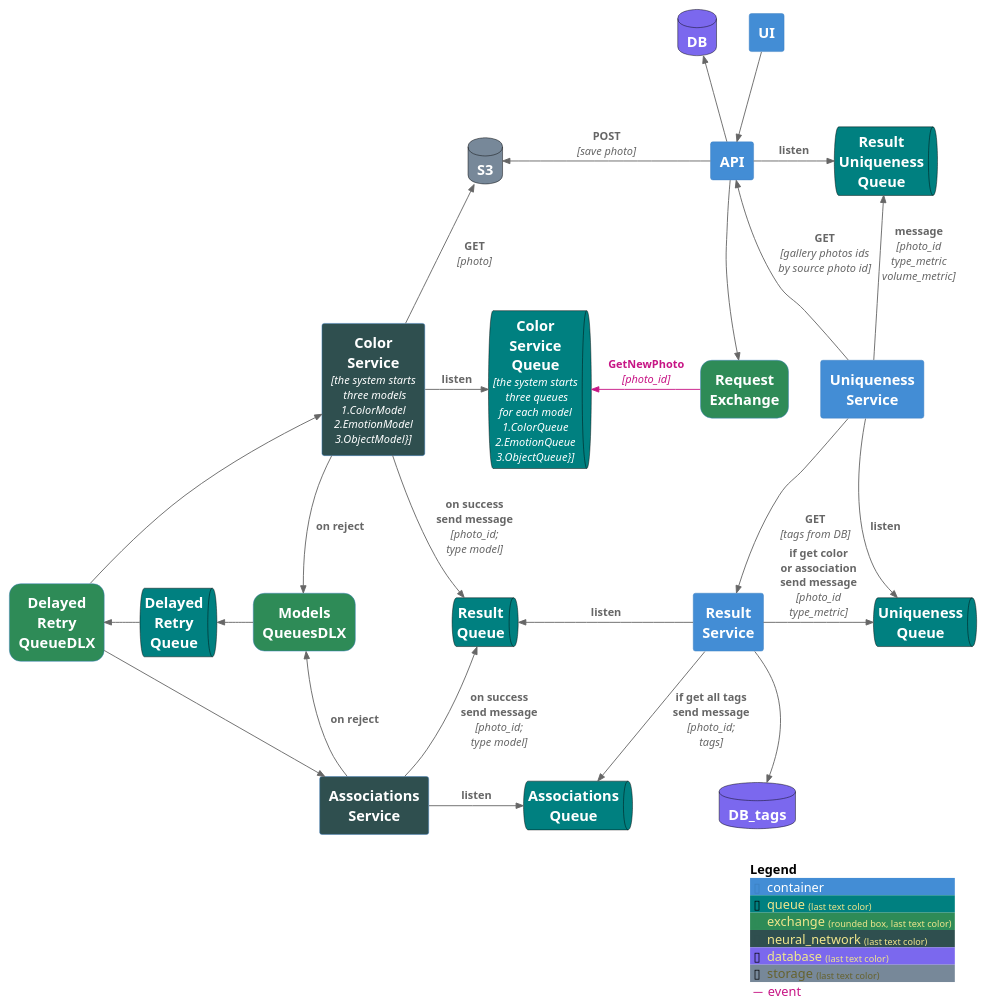
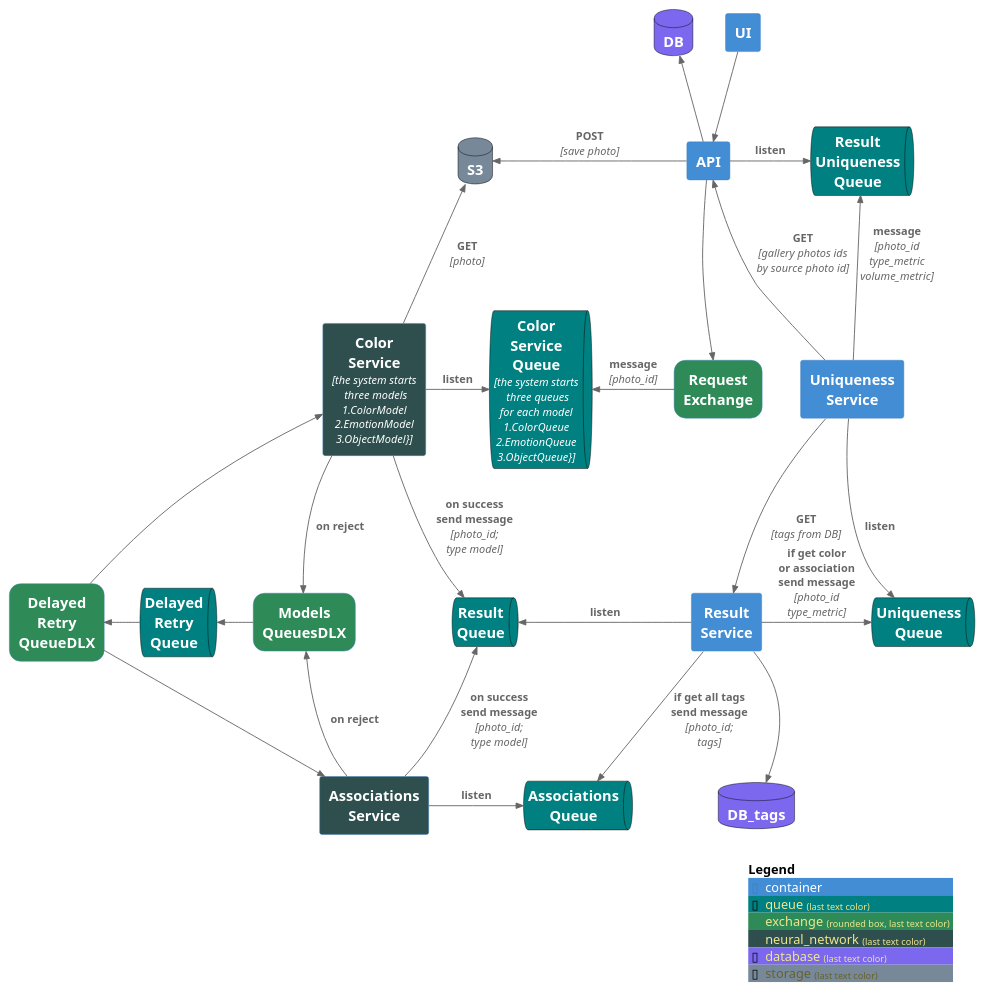
The diagram in system_components_diagram.puml (TourmalineCore/picachu-documentation), drawn with PlantUML before and after one commit. The commit also changed 3 other files, not shown here.

Commit message:
feat(doc): #85zrxapwf: add diagram for send-event

```diff
--- a/system_components_diagram.puml
+++ b/system_components_diagram.puml
@@ -1,95 +1,95 @@
 @startuml C4_Elements
 !include https://raw.githubusercontent.com/plantuml-stdlib/C4-PlantUML/master/C4_Container.puml
 HIDE_STEREOTYPE()
 
 AddElementTag("queue", $bgColor="Teal",$borderColor="black")
 AddElementTag("exchange", $bgColor="SeaGreen",$shape=RoundedBoxShape())
 AddElementTag("neural_network", $bgColor="DarkSlateGray")
 AddElementTag("database", $bgColor="MediumSlateBlue",$borderColor="black")
 AddElementTag("storage", $bgColor="LightSlateGray",$borderColor="black")
 AddRelTag("event", $textColor="MediumVioletRed", $lineColor="MediumVioletRed")
 
 Container(UI, "UI", "", "")
 Container(API, "API", "", "")
 
 ContainerQueue(ColorServiceQueue, "Color\nService\nQueue", "the system starts\n three queues\nfor each model\n1.ColorQueue\n2.EmotionQueue\n3.ObjectQueue}", "",$tags = "queue")
 
 ContainerDb(S3, "S3", "", "",$tags="storage")
 ContainerDb(DB, "DB", "", "",$tags="database")
 ContainerDb(DB_tags, "DB_tags", "", "", $tags="database")
 ContainerQueue(DelayedRetryQueue, "Delayed\nRetry\nQueue", "", "",  $tags = "queue")
 Container(ColorService, "Color\nService", "the system starts\n three models\n1.ColorModel\n2.EmotionModel\n3.ObjectModel}", "",$tags="neural_network")
 
 Container(RequestExchange, "Request\nExchange", "", "", $tags ="exchange")
 
 Container(ModelsQueuesDLX, "Models\nQueuesDLX", "", "",$tags ="exchange")
 Container(DelayedRetryQueueDLX, "Delayed\nRetry\nQueueDLX", "", "",$tags ="exchange")
 
 Container(ResultService, "Result\nService", "", "")
 ContainerQueue(ResultQueue, "Result\nQueue", "", "",$tags = "queue")
 
 ContainerQueue(AssociationsQueue, "Associations\nQueue", "", "",$tags = "queue")
 Container(AssociationsService, "Associations\nService", "", "",$tags="neural_network")
 
 Container(UniquenessService, "Uniqueness\nService", "", "")
 ContainerQueue(UniquenessQueue, "Uniqueness\nQueue", "", "",$tags = "queue")
 ContainerQueue(ResultUniquenessQueue, "Result\nUniqueness\nQueue", "", "",$tags = "queue")
 
 Rel_D(UI, API, " ", "")
 
 Rel_D(API, RequestExchange, " ", "")
 Rel_L(API, S3, "POST", "save photo")
 Rel_U(API, DB, " ", "")
-Rel_L(RequestExchange, ColorServiceQueue, "GetNewPhoto", "photo_id",$tags ="event")
+Rel_L(RequestExchange, ColorServiceQueue, "message", "photo_id")
 Rel_R(ColorService, ColorServiceQueue, "listen", "")
 Rel_U(ColorService, S3, "GET", "photo")
 
 Rel(ColorService, ResultQueue, "on success\nsend message", "photo_id;\ntype model")
 Lay_U(ResultQueue,ColorServiceQueue)
 
 
 Lay_U(AssociationsQueue,ColorServiceQueue)
 
 Rel_R(AssociationsService, AssociationsQueue, "listen", "")
 
 Lay_U(AssociationsService,ModelsQueuesDLX)
 Lay_U(AssociationsService,ColorService)
 Lay_U(DB_tags,RequestExchange)
 
 
 Rel_D(ColorService, ModelsQueuesDLX, "on reject", "")
 Rel_U(AssociationsService, ModelsQueuesDLX, "on reject", "")
 
 Rel_L(ModelsQueuesDLX, DelayedRetryQueue, " ", "")
 Rel_L(DelayedRetryQueue, DelayedRetryQueueDLX, " ", "")
 
 Rel(DelayedRetryQueueDLX, ColorService, " ", "")
 
 Lay_R(DelayedRetryQueueDLX,DelayedRetryQueue)
 Lay_R(DelayedRetryQueue,ModelsQueuesDLX)
 Lay_U(DelayedRetryQueueDLX,ColorService)
 
 Rel(DelayedRetryQueueDLX, AssociationsService, " ", "")
 Rel_U(AssociationsService, ResultQueue, "on success\nsend message", "photo_id;\ntype model")
 
 Rel_L(ResultService, ResultQueue, "listen", "")
 
 Rel_D(ResultService, AssociationsQueue, "if get all tags\nsend message", "photo_id;\ntags")
 Rel_D(ResultService, DB_tags, " ", "")
 
 Rel_R(ResultService, UniquenessQueue, "if get color\nor association\nsend message ", "photo_id\ntype_metric")
 Rel_D(UniquenessService, UniquenessQueue, "listen", "")
 
 Rel_D(UniquenessService, ResultService, "GET", "tags from DB")
 
 Rel_U(UniquenessService,ResultUniquenessQueue ,  "message", "photo_id\ntype_metric\nvolume_metric")
 
 Lay_U(UniquenessService,UniquenessQueue)
 Lay_R(RequestExchange,UniquenessService)
 
 Rel_R(API, ResultUniquenessQueue,  "listen", "")
 
 Rel_U(UniquenessService,API ,  "GET", "gallery photos ids\nby source photo id")
 
 SHOW_LEGEND(false)
 @enduml
```
